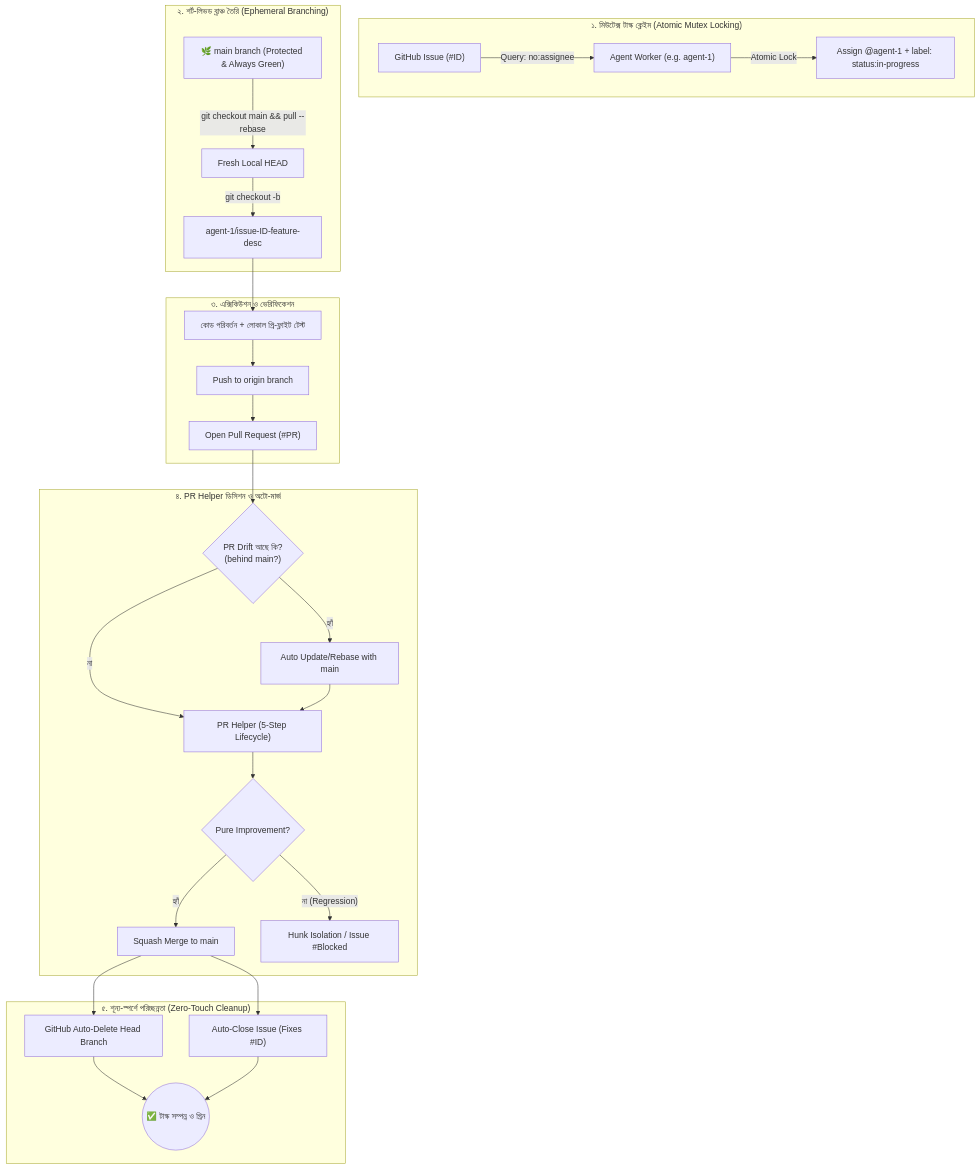
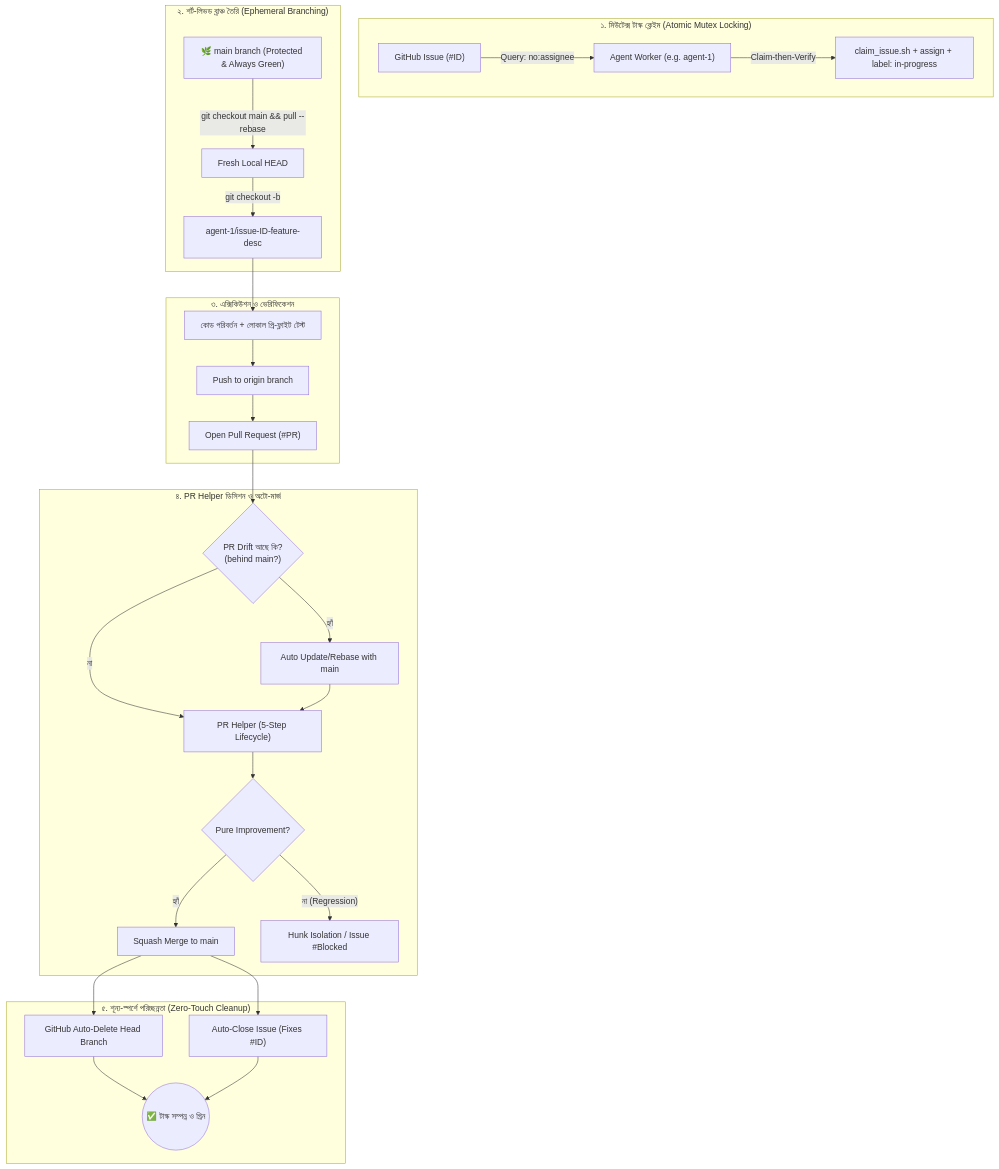
Before and after one commit to SaifulHaqueNiloy/supremeai: the first of 2 diagrams in docs/master_docs/OPS-06-MULTI-AGENT-BRANCHING-LIFECYCLE.md, drawn with Mermaid. The commit also changed other lines of this file and 1 other file, not shown here.

First line of the commit message:
fix(docs,ci): claim-then-verify issue mutex — GitHub assignment is not CAS (issue #876)

````diff
--- a/docs/master_docs/OPS-06-MULTI-AGENT-BRANCHING-LIFECYCLE.md
+++ b/docs/master_docs/OPS-06-MULTI-AGENT-BRANCHING-LIFECYCLE.md
@@ -10,37 +10,37 @@
 ```mermaid
 flowchart TD
     MAIN["🌿 main branch (Protected & Always Green)"]
 
     subgraph Phase1["১. মিউটেক্স টাস্ক ক্লেইম (Atomic Mutex Locking)"]
         ISSUE["GitHub Issue (#ID)"] -->|Query: no:assignee| AGENT["Agent Worker (e.g. agent-1)"]
-        AGENT -->|Atomic Lock| ASSIGN["Assign @agent-1 + label: status:in-progress"]
+        AGENT -->|Claim-then-Verify| ASSIGN["claim_issue.sh + assign + label: in-progress"]
     end
 
     subgraph Phase2["২. শর্ট-লিভড ব্রাঞ্চ তৈরি (Ephemeral Branching)"]
         MAIN -->|git checkout main && pull --rebase| PULL["Fresh Local HEAD"]
         PULL -->|git checkout -b| BRANCH["agent-1/issue-ID-feature-desc"]
     end
 
     subgraph Phase3["৩. এক্সিকিউশন ও ভেরিফিকেশন"]
         BRANCH --> WORK["কোড পরিবর্তন + লোকাল প্রি-ফ্লাইট টেস্ট"]
         WORK --> PUSH["Push to origin branch"]
         PUSH --> PR["Open Pull Request (#PR)"]
     end
 
     subgraph Phase4["৪. PR Helper ডিসিশন ও অটো-মার্জ"]
         PR --> DRIFT{"PR Drift আছে কি?<br/>(behind main?)"}
         DRIFT -- "হ্যাঁ" --> REBASE["Auto Update/Rebase with main"]
         DRIFT -- "না" --> HELPER["PR Helper (5-Step Lifecycle)"]
         REBASE --> HELPER
         HELPER --> PURE{"Pure Improvement?"}
         PURE -- "হ্যাঁ" --> MERGE["Squash Merge to main"]
         PURE -- "না (Regression)" --> BLOCK["Hunk Isolation / Issue #Blocked"]
     end
 
     subgraph Phase5["৫. শূন্য-স্পর্শে পরিচ্ছন্নতা (Zero-Touch Cleanup)"]
         MERGE --> AUTO_DEL["GitHub Auto-Delete Head Branch"]
         MERGE --> CLOSE_ISSUE["Auto-Close Issue (Fixes #ID)"]
         AUTO_DEL --> DONE(("✅ টাস্ক সম্পন্ন ও গ্রিন"))
         CLOSE_ISSUE --> DONE
     end
 ```
````
